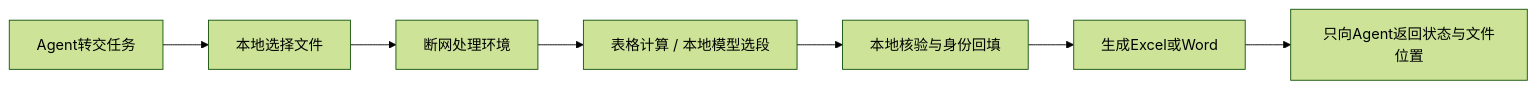
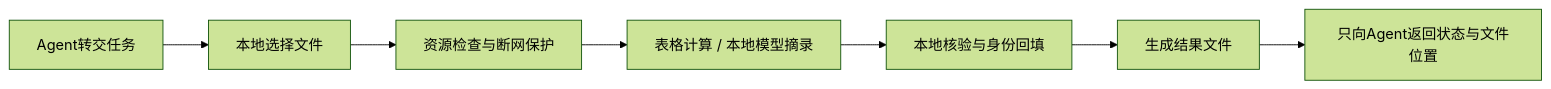
The diagram in README.md (Jia-qi-13141516/privacy-protector), drawn with Mermaid (forest theme) before and after one commit. The commit also changed other lines of this file and 6 other files, not shown here.

````diff
--- a/README.md
+++ b/README.md
@@ -66,9 +50,9 @@
 ```mermaid
 flowchart LR
     A[Agent转交任务] --> B[本地选择文件]
-    B --> C[断网处理环境]
-    C --> D[表格计算 / 本地模型选段]
+    B --> C[资源检查与断网保护]
+    C --> D[表格计算 / 本地模型摘录]
     D --> E[本地核验与身份回填]
-    E --> F[生成Excel或Word]
+    E --> F[生成结果文件]
     F --> G[只向Agent返回状态与文件位置]
 ```
````
